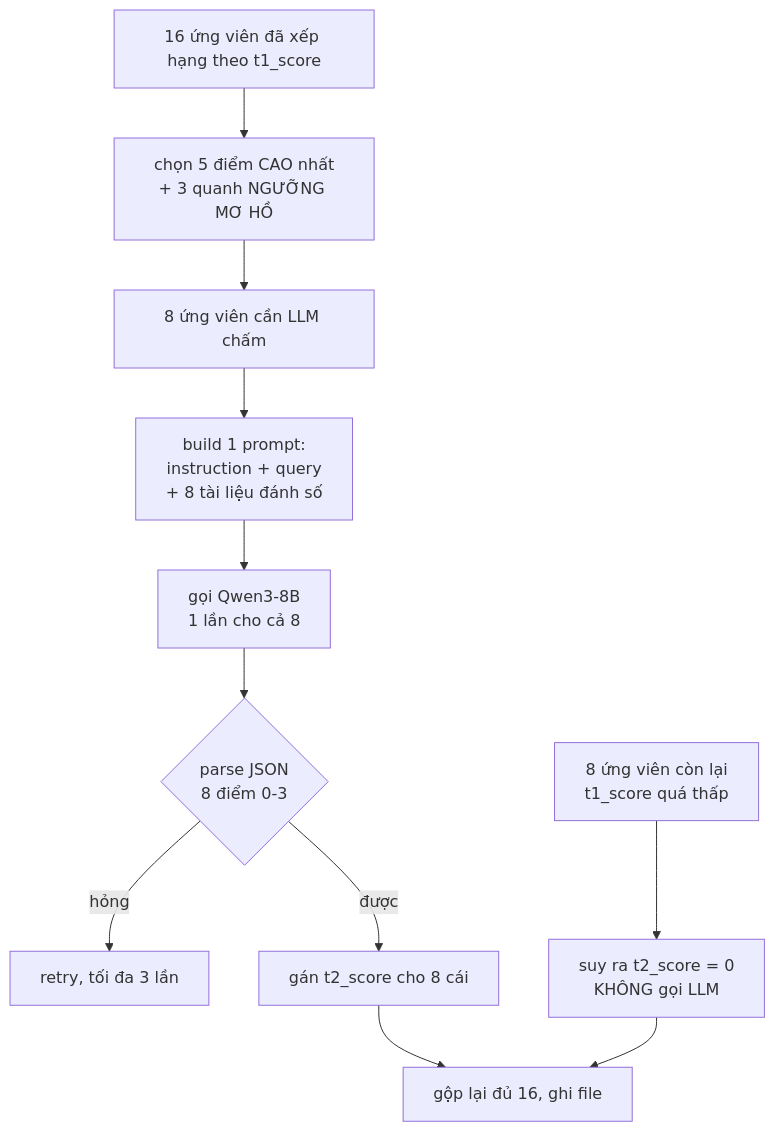
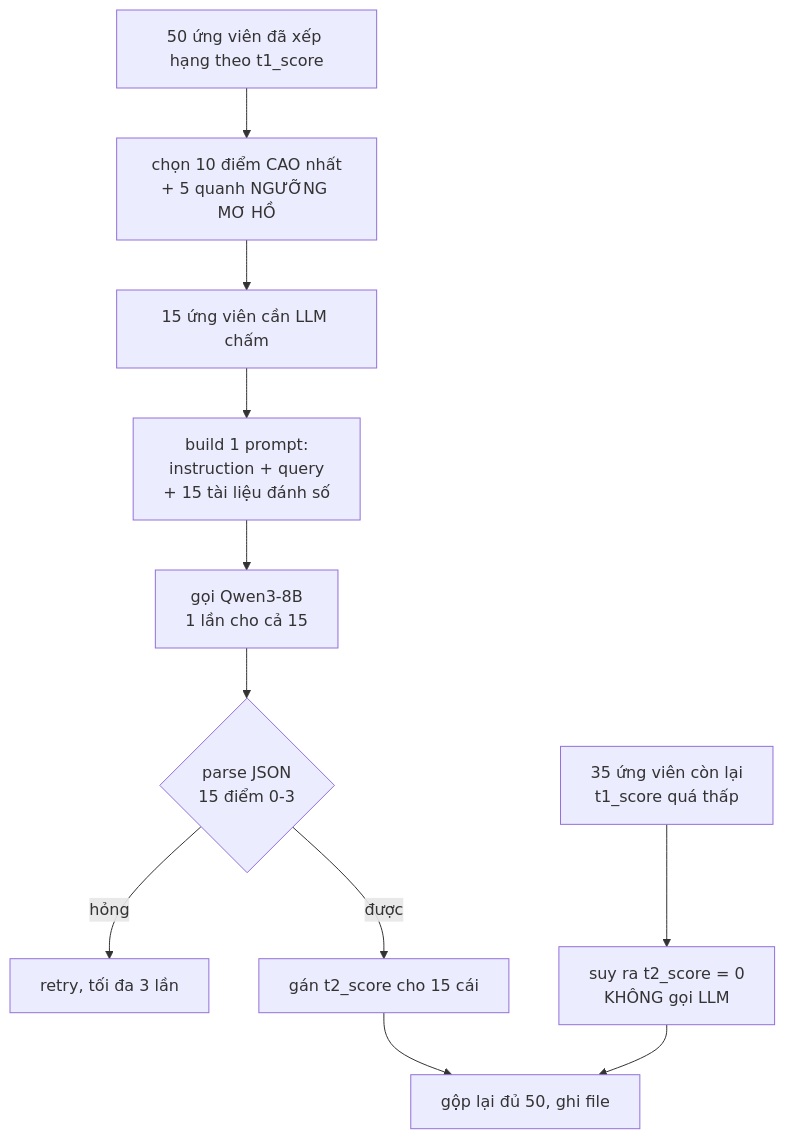
One commit to quyen244/medial-retrieval changed the fourth of 4 diagrams in docs/buoc-4-5-cham-utility.md. Above: the diagram before and after it, drawn with Mermaid. The commit also changed other lines of this file and 6 other files, not shown here.

````diff
--- a/docs/buoc-4-5-cham-utility.md
+++ b/docs/buoc-4-5-cham-utility.md
@@ -110,13 +124,13 @@
 ```mermaid
 flowchart TD
-    A["16 ứng viên đã xếp hạng theo t1_score"] --> B["chọn 5 điểm CAO nhất<br/>+ 3 quanh NGƯỠNG MƠ HỒ"]
-    B --> C["8 ứng viên cần LLM chấm"]
-    C --> D["build 1 prompt:<br/>instruction + query<br/>+ 8 tài liệu đánh số"]
-    D --> E["gọi Qwen3-8B<br/>1 lần cho cả 8"]
-    E --> F{"parse JSON<br/>8 điểm 0-3"}
+    A["50 ứng viên đã xếp hạng theo t1_score"] --> B["chọn 10 điểm CAO nhất<br/>+ 5 quanh NGƯỠNG MƠ HỒ"]
+    B --> C["15 ứng viên cần LLM chấm"]
+    C --> D["build 1 prompt:<br/>instruction + query<br/>+ 15 tài liệu đánh số"]
+    D --> E["gọi Qwen3-8B<br/>1 lần cho cả 15"]
+    E --> F{"parse JSON<br/>15 điểm 0-3"}
     F -- hỏng --> G["retry, tối đa 3 lần"]
-    F -- được --> H["gán t2_score cho 8 cái"]
-    I["8 ứng viên còn lại<br/>t1_score quá thấp"] --> J["suy ra t2_score = 0<br/>KHÔNG gọi LLM"]
-    H --> K["gộp lại đủ 16, ghi file"]
+    F -- được --> H["gán t2_score cho 15 cái"]
+    I["35 ứng viên còn lại<br/>t1_score quá thấp"] --> J["suy ra t2_score = 0<br/>KHÔNG gọi LLM"]
+    H --> K["gộp lại đủ 50, ghi file"]
     J --> K
 ```
````
